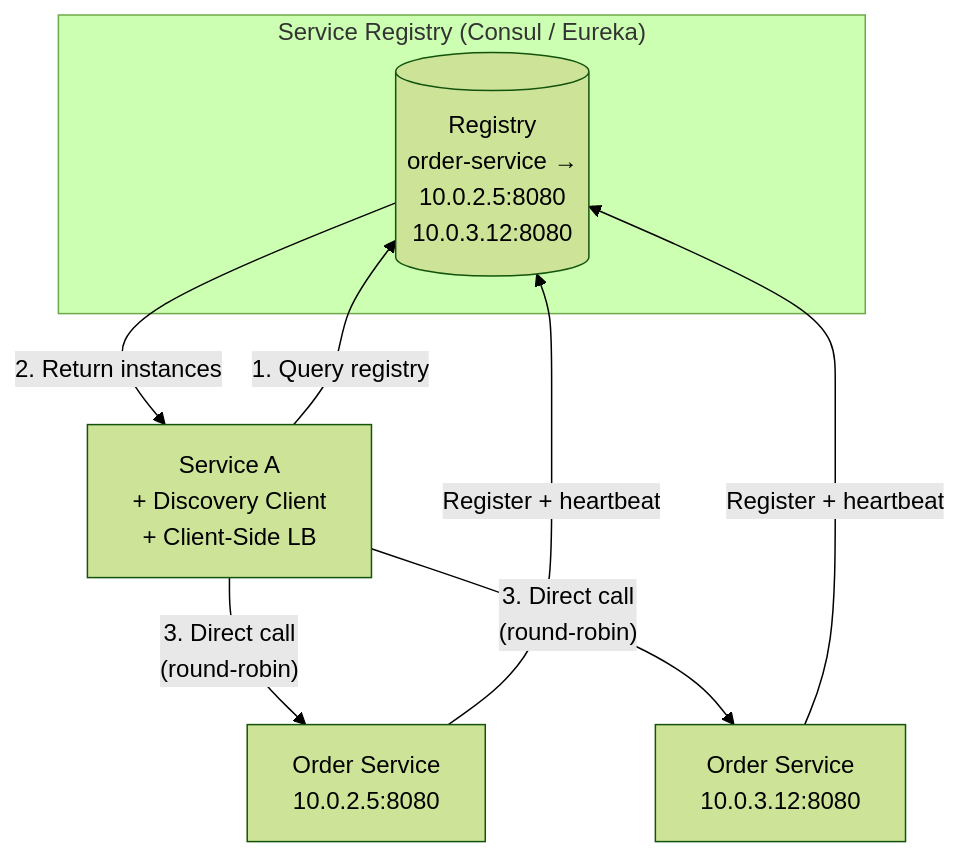
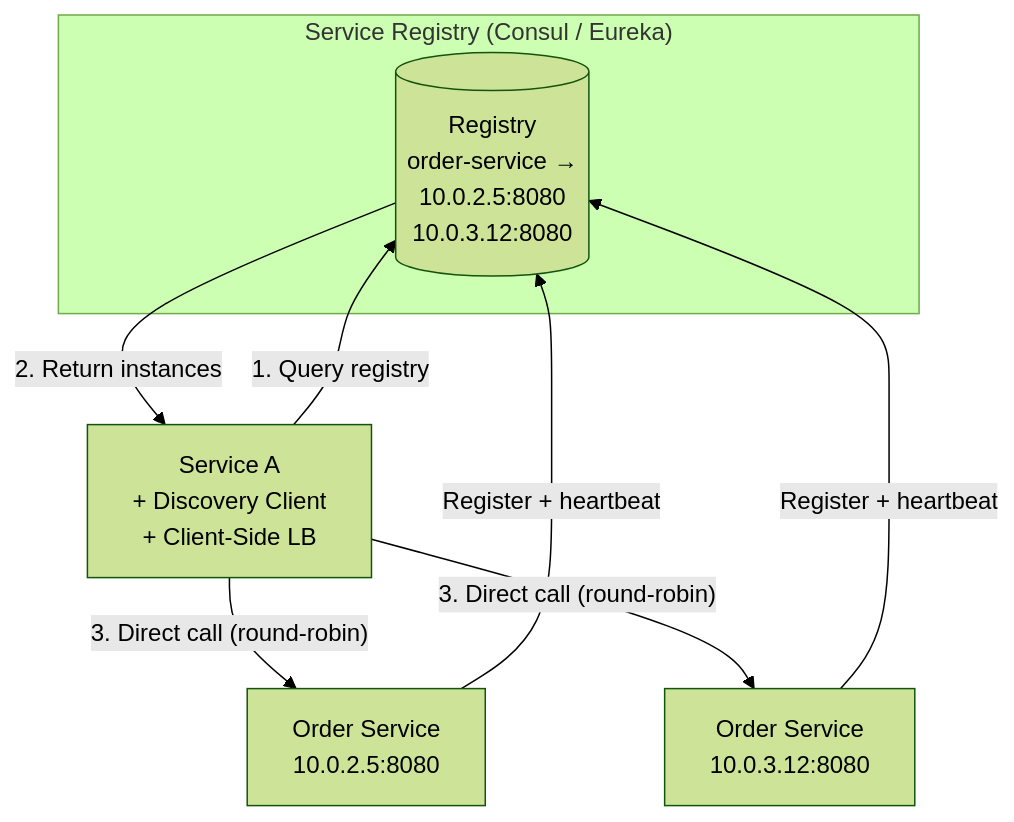
Before and after one commit to vladiant/vladiant: the fourth of 10 diagrams in software_architecture/07_service_discovery_registration.md, drawn with Mermaid (forest theme). The commit also changed other lines of this file and 2 other files, not shown here.

Commit message:
Fix mermaid renderings

````diff
--- a/software_architecture/07_service_discovery_registration.md
+++ b/software_architecture/07_service_discovery_registration.md
@@ -76,14 +76,14 @@
 ```mermaid
 graph TB
     subgraph "Service Registry (Consul / Eureka)"
         REG[(Registry<br/>order-service →<br/>10.0.2.5:8080<br/>10.0.3.12:8080)]
     end
 
     SA[Service A<br/>+ Discovery Client<br/>+ Client-Side LB] -- "1. Query registry" --> REG
     REG -- "2. Return instances" --> SA
-    SA -- "3. Direct call<br/>(round-robin)" --> OB1[Order Service<br/>10.0.2.5:8080]
-    SA -- "3. Direct call<br/>(round-robin)" --> OB2[Order Service<br/>10.0.3.12:8080]
+    SA -- "3. Direct call (round-robin)" --> OB1[Order Service<br/>10.0.2.5:8080]
+    SA -- "3. Direct call (round-robin)" --> OB2[Order Service<br/>10.0.3.12:8080]
 
     OB1 -- "Register + heartbeat" --> REG
     OB2 -- "Register + heartbeat" --> REG
 ```
````
